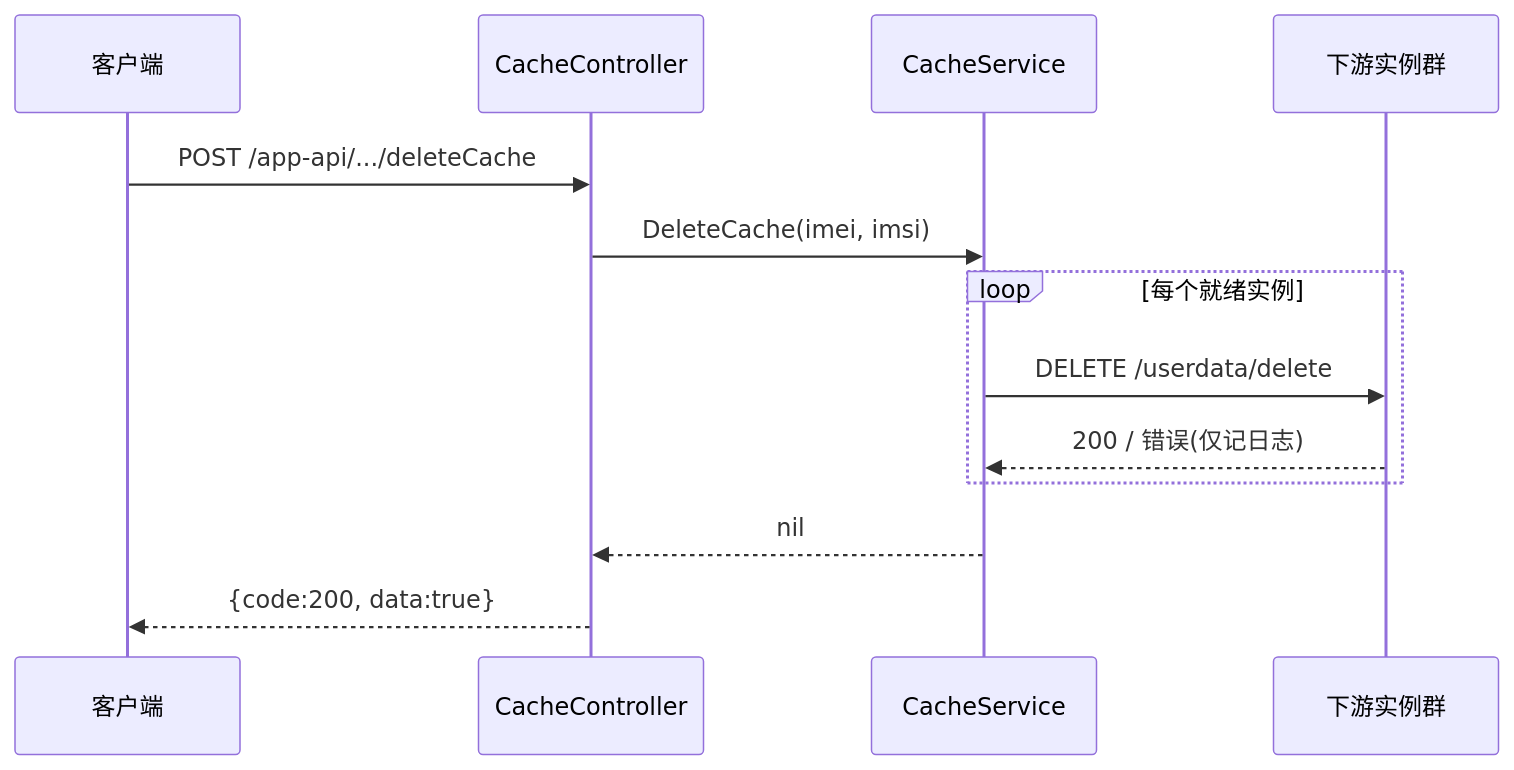
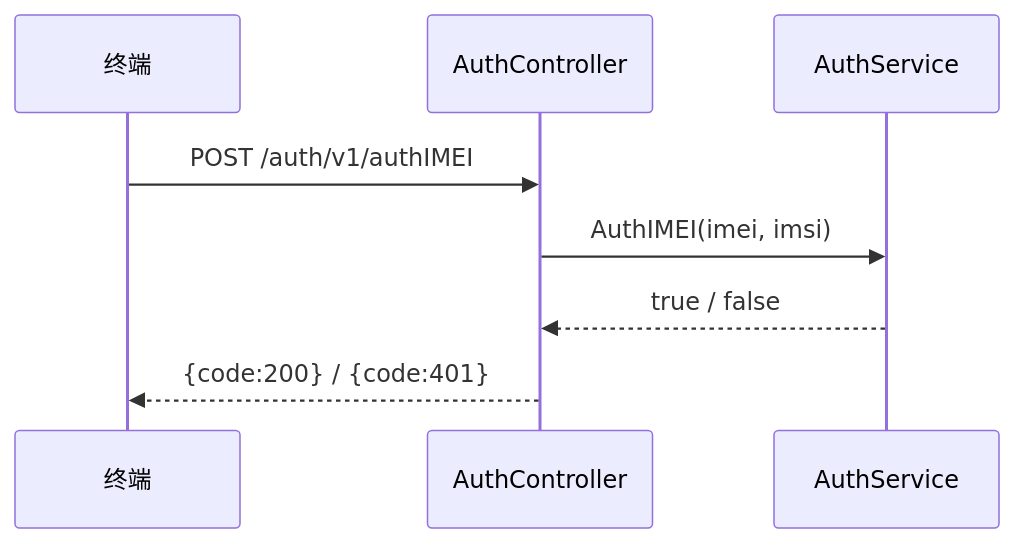
The second of 3 diagrams in skills/spec-story-design/references/story-template.md (CoreGeekASTL/specgo), drawn with Mermaid before and after one commit. The commit also changed other lines of this file and 47 other files, not shown here.

````diff
--- a/skills/spec-story-design/references/story-template.md
+++ b/skills/spec-story-design/references/story-template.md
@@ -72,15 +118,10 @@
 ```mermaid
 sequenceDiagram
-  participant C as 客户端
-  participant CC as CacheController
-  participant S as CacheService
-  participant GW as 下游实例群
-  C->>CC: POST /app-api/.../deleteCache
-  CC->>S: DeleteCache(imei, imsi)
-  loop 每个就绪实例
-    S->>GW: DELETE /userdata/delete
-    GW-->>S: 200 / 错误(仅记日志)
-  end
-  S-->>CC: nil
-  CC-->>C: {code:200, data:true}
+  participant C as 终端
+  participant AC as AuthController
+  participant AS as AuthService
+  C->>AC: POST /auth/v1/authIMEI
+  AC->>AS: AuthIMEI(imei, imsi)
+  AS-->>AC: true / false
+  AC-->>C: {code:200} / {code:401}
 ```
````
